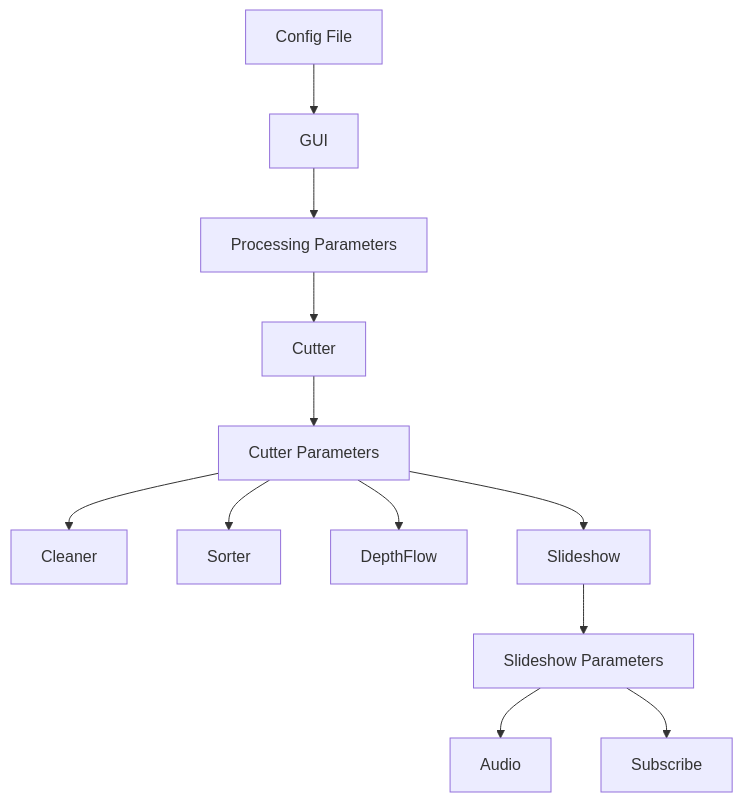
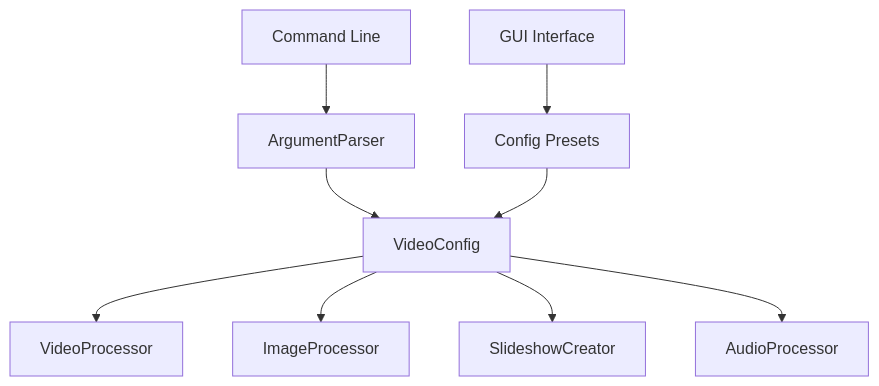
Before and after one commit to aproxis/VideoCutter: the third of 3 diagrams in memory-bank/systemPatterns.md, drawn with Mermaid. The commit also changed other lines of this file and 9 other files, not shown here.

````diff
--- a/memory-bank/systemPatterns.md
+++ b/memory-bank/systemPatterns.md
@@ -160,14 +227,11 @@
 ```mermaid
 graph TD
-    ConfigFile[Config File] --> GUI
-    GUI --> Parameters[Processing Parameters]
-    Parameters --> Cutter
-    Cutter --> CutterParams[Cutter Parameters]
-    CutterParams --> Cleaner
-    CutterParams --> Sorter
-    CutterParams --> DepthFlow
-    CutterParams --> Slideshow
-    Slideshow --> SlideshowParams[Slideshow Parameters]
-    SlideshowParams --> Audio
-    SlideshowParams --> Subscribe
+    CommandLine[Command Line] --> ArgumentParser
+    ArgumentParser --> VideoConfig
+    GUI[GUI Interface] --> ConfigPresets[Config Presets]
+    ConfigPresets --> VideoConfig
+    VideoConfig --> VideoProcessor
+    VideoConfig --> ImageProcessor
+    VideoConfig --> SlideshowCreator
+    VideoConfig --> AudioProcessor
 ```
````
